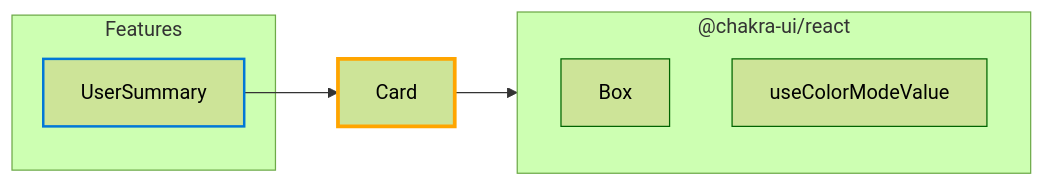
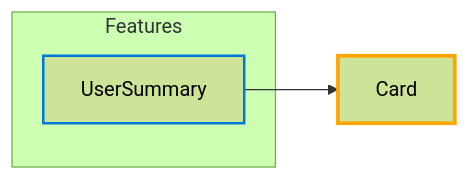
Before and after one commit to star4beam/react-package-analyzer: the diagram in test-project-import-analysis/hubs/Card.md, drawn with Mermaid (forest theme). The commit also changed other lines of this file and 9 other files, not shown here.

Commit message:
Fix: mermaid links, direct hub dependencies

````diff
--- a/test-project-import-analysis/hubs/Card.md
+++ b/test-project-import-analysis/hubs/Card.md
@@ -27,41 +15,27 @@
 ```mermaid
 flowchart LR
     %% Node styles
     classDef feature stroke:#0078d7,stroke-width:2px
     classDef currentHub stroke:#ffa500,stroke-width:3px
     classDef main stroke:#d04a02,stroke-width:2px
     classDef intermediate stroke:#7e6000,stroke-width:2px
     classDef base stroke:#006400,stroke-width:2px
     classDef component stroke:#006400,stroke-width:1px
 
     %% Link styles
     linkStyle default stroke:#333,stroke-width:1px
     %% Use different arrow styles for dependency types
     %% Direct: solid line, Indirect: dashed line, Both: thick solid line
 
     hub_Card["Card"]
     class hub_Card currentHub
 
     %% Features that use this hub (directly or indirectly)
     subgraph Features["Features"]
         feature_UserSummary["UserSummary"]
         class feature_UserSummary feature
     end
 
     feature_UserSummary --> hub_Card
-    click feature_UserSummary "../features/UserSummary.md" "Go to UserSummary feature"
-
     %% Direct hub-to-hub connections
-
-    %% Components directly used by this hub
-    subgraph pkg__chakra_ui_react["@chakra-ui/react"]
-        comp__chakra_ui_react_Box["Box"]
-        class comp__chakra_ui_react_Box component
-        comp__chakra_ui_react_useColorModeValue["useColorModeValue"]
-        class comp__chakra_ui_react_useColorModeValue component
-    end
-    hub_Card --> pkg__chakra_ui_react
-    click comp__chakra_ui_react_Box "../components/@chakra-ui_react/Box.md" "Go to Box component"
-    click comp__chakra_ui_react_useColorModeValue "../components/@chakra-ui_react/useColorModeValue.md" "Go to useColorModeValue component"
-
 ```
````
